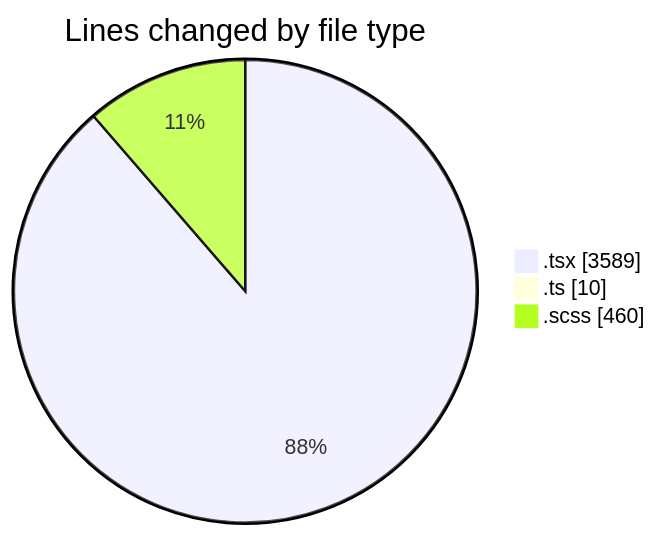
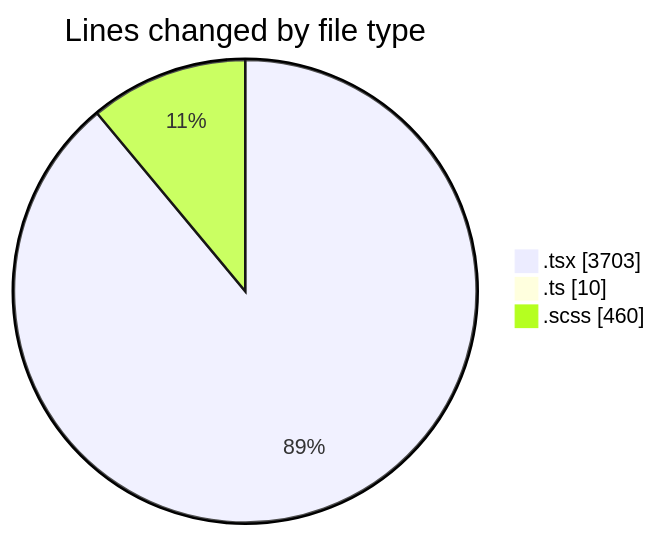
The first of 2 diagrams in 2025-11-17/cda/README.md (momahboobian/code-tracking), drawn with Mermaid before and after one commit. The commit also changed other lines of this file and 1 other file, not shown here.

````diff
--- a/2025-11-17/cda/README.md
+++ b/2025-11-17/cda/README.md
@@ -28,7 +28,7 @@
 ```mermaid
 pie showData
 title Lines changed by file type
-".tsx" : 3589
+".tsx" : 3703
 ".ts" : 10
 ".scss" : 460
 ```
````
